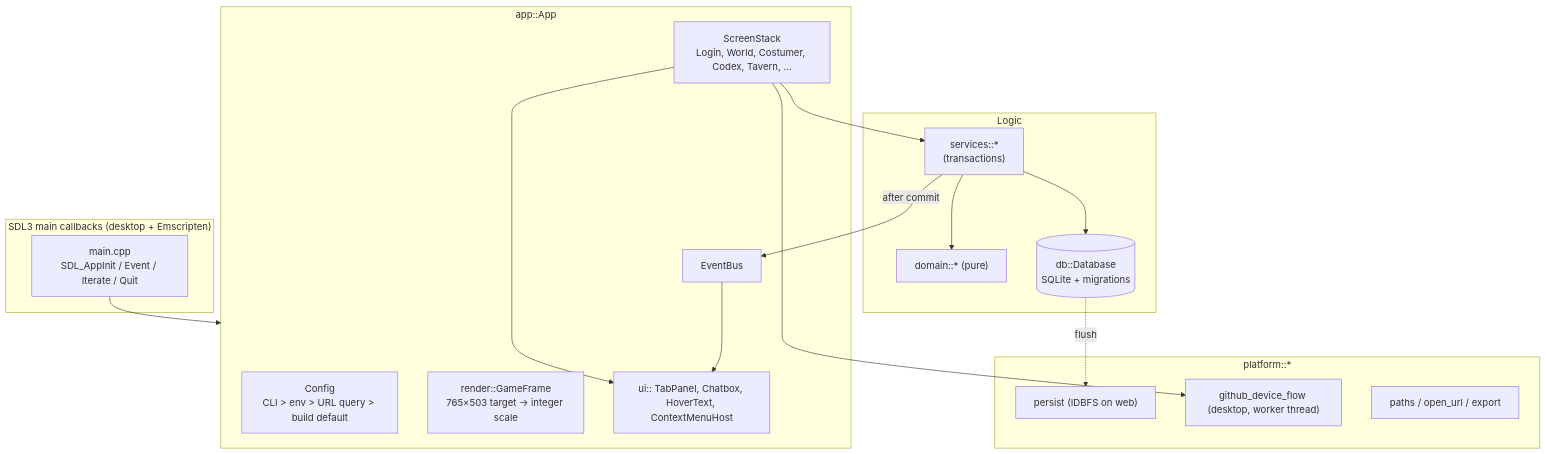
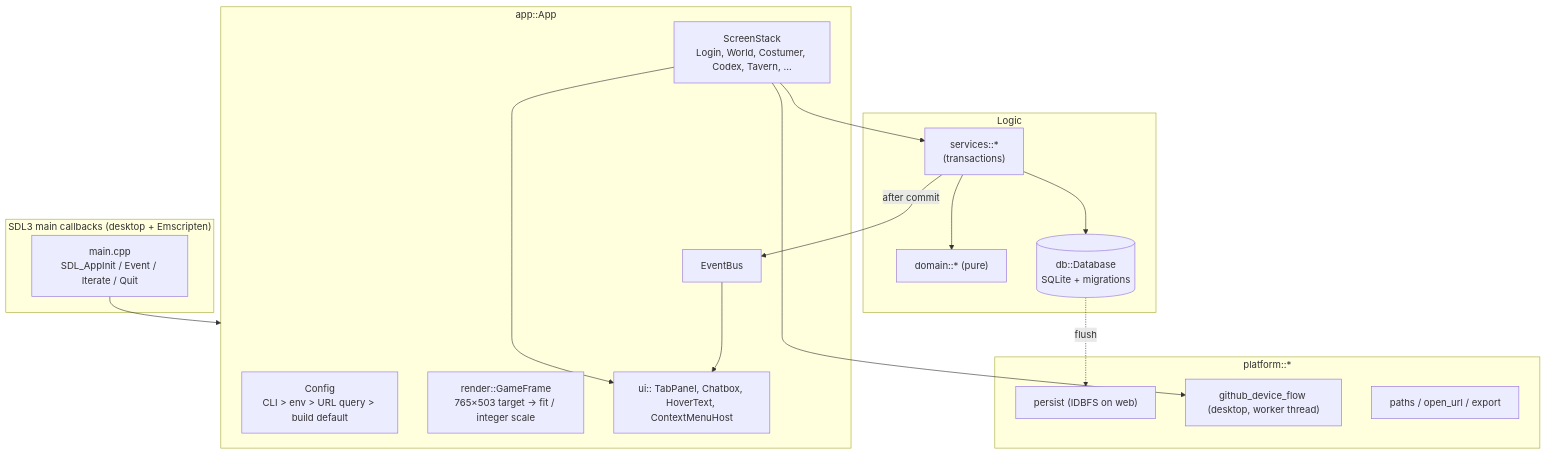
One commit to marquisxgrove/AgentScape changed the diagram in .kiro/specs/game-shell/design.md. Above: the diagram before and after it, drawn with Mermaid. The commit also changed other lines of this file and 17 other files, not shown here.

First line of the commit message:
Fit the game frame to the window, with a Pixel-perfect scaling setting

````diff
--- a/.kiro/specs/game-shell/design.md
+++ b/.kiro/specs/game-shell/design.md
@@ -17,32 +17,32 @@
 ```mermaid
 flowchart TB
   subgraph Platform["SDL3 main callbacks (desktop + Emscripten)"]
     Main["main.cpp\nSDL_AppInit / Event / Iterate / Quit"]
   end
   subgraph App["app::App"]
     Cfg["Config\nCLI > env > URL query > build default"]
-    GF["render::GameFrame\n765×503 target → integer scale"]
+    GF["render::GameFrame\n765×503 target → fit / integer scale"]
     SS["ScreenStack\nLogin, World, Costumer, Codex, Tavern, …"]
     UI["ui:: TabPanel, Chatbox, HoverText, ContextMenuHost"]
     Bus["EventBus"]
   end
   subgraph Logic
     SVC["services::*\n(transactions)"]
     DOM["domain::* (pure)"]
     DB[("db::Database\nSQLite + migrations")]
   end
   subgraph Plat["platform::*"]
     Persist["persist (IDBFS on web)"]
     GH["github_device_flow (desktop, worker thread)"]
     Paths["paths / open_url / export"]
   end
   Main --> App
   SS --> UI
   SS --> SVC
   SVC --> DOM
   SVC --> DB
   SVC -- after commit --> Bus
   Bus --> UI
   DB -. flush .-> Persist
   SS --> GH
 ```
````
